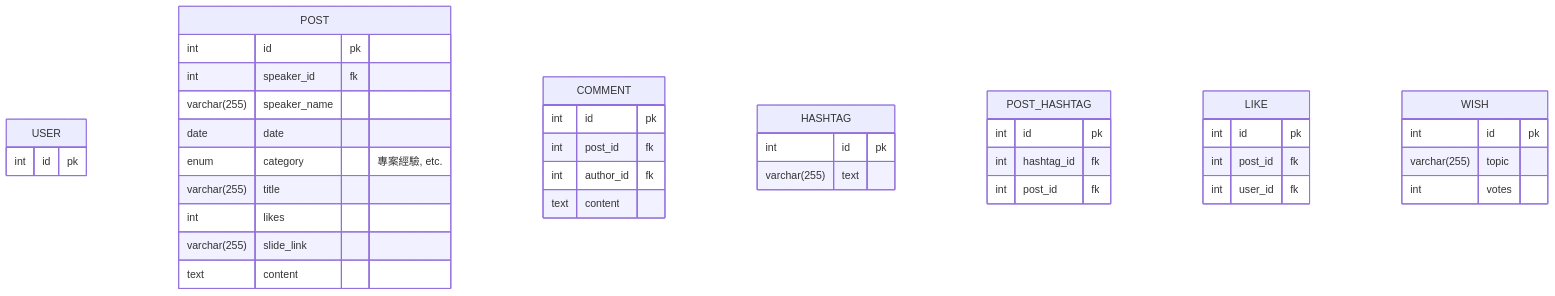
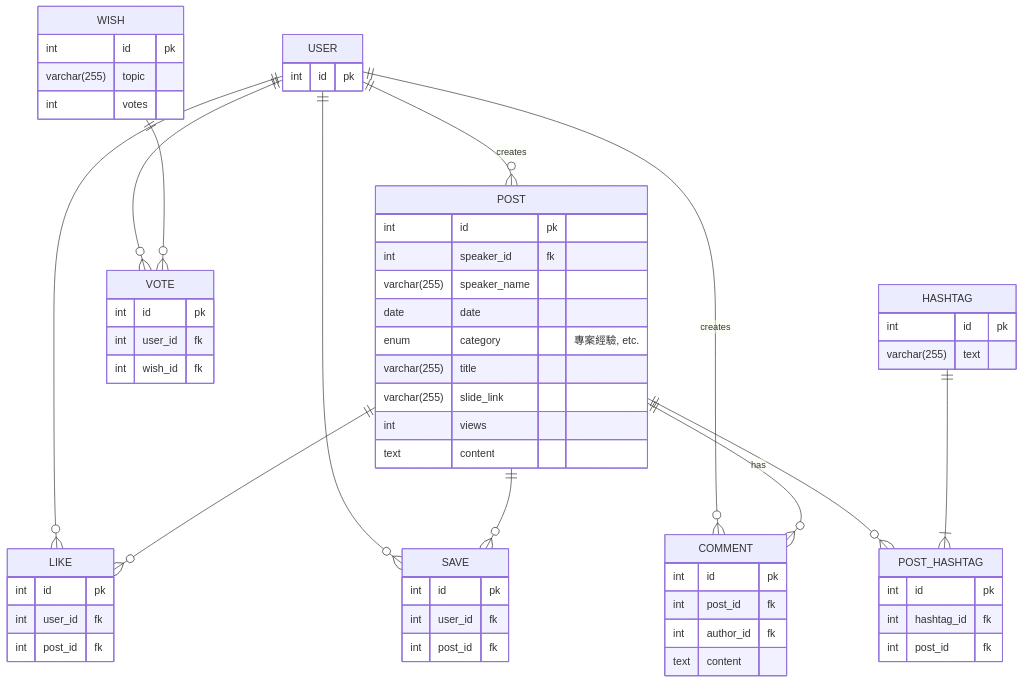
Before and after one commit to devusexu/wanna-know: the diagram in ERD.md, drawn with Mermaid.

Commit message:
complete ERD

````diff
--- a/ERD.md
+++ b/ERD.md
@@ -1,56 +1,80 @@
 ```mermaid
 erDiagram
+
+USER ||--o{ POST: creates
+USER ||--o{ COMMENT: creates
+USER ||--o{ LIKE: ""
+USER ||--o{ SAVE: ""
+USER ||--o{ VOTE: ""
+POST ||--o{ LIKE: ""
+POST ||--o{ SAVE: ""
+WISH ||--o{ VOTE: ""
+POST||--o{ COMMENT: has
+POST||--o{ POST_HASHTAG: ""
+HASHTAG||--|{ POST_HASHTAG: ""
+
 
 USER {
     int id pk
     %% what else?
 }
 
 POST {
     int id pk
     int speaker_id fk
     varchar(255) speaker_name
     date date
     enum category "專案經驗, etc."
     varchar(255) title
-    %% This is denormalization because likes is stored in both posts and likes
-    %% By doing this, when like/unlike we have to update this field and modify a record in likes
-    %% The benefit is when the frontend want to list the posts, it could get the likes here instead of query the likes table to calculate the likes for every post
-    int likes
     varchar(255) slide_link
+    int views
     text content
 }
 
 COMMENT {
     int id pk
     int post_id fk
     int author_id fk
     text content
 }
 
 HASHTAG {
     int id pk
-    varchar(255) text 
+    varchar(255) text
 }
 
+%% post_id have hashtag_id
 POST_HASHTAG {
     int id pk
     int hashtag_id fk
     int post_id fk
 }
 
+%% user_id likes post_id
 LIKE {
-    %% when a user click like button, create a record(like) or delete a record(unlike) 
     int id pk
+    int user_id fk
     int post_id fk
-    int user_id fk
 }
 
 WISH {
     int id pk
     varchar(255) topic
-    int votes 
+    int votes
 }
 
+%% user_id votes on wish_id
+VOTE {
+    int id pk
+    int user_id fk
+    int wish_id fk
+}
+
+%% user_id saves post_id
+SAVE {
+    int id pk
+    int user_id fk
+    int post_id fk
+}
 
 ```
````
